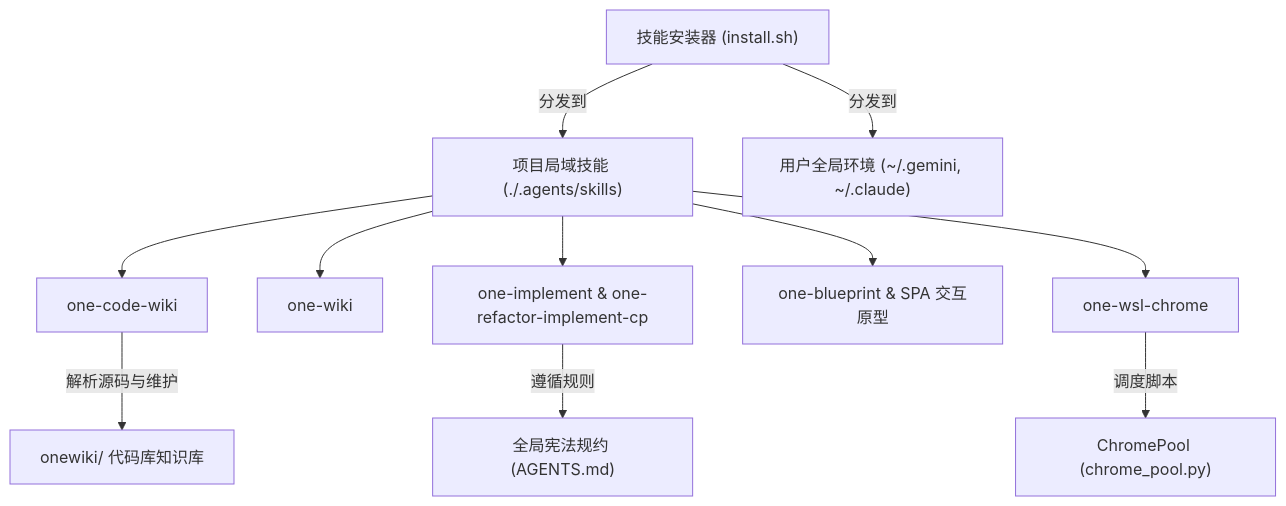
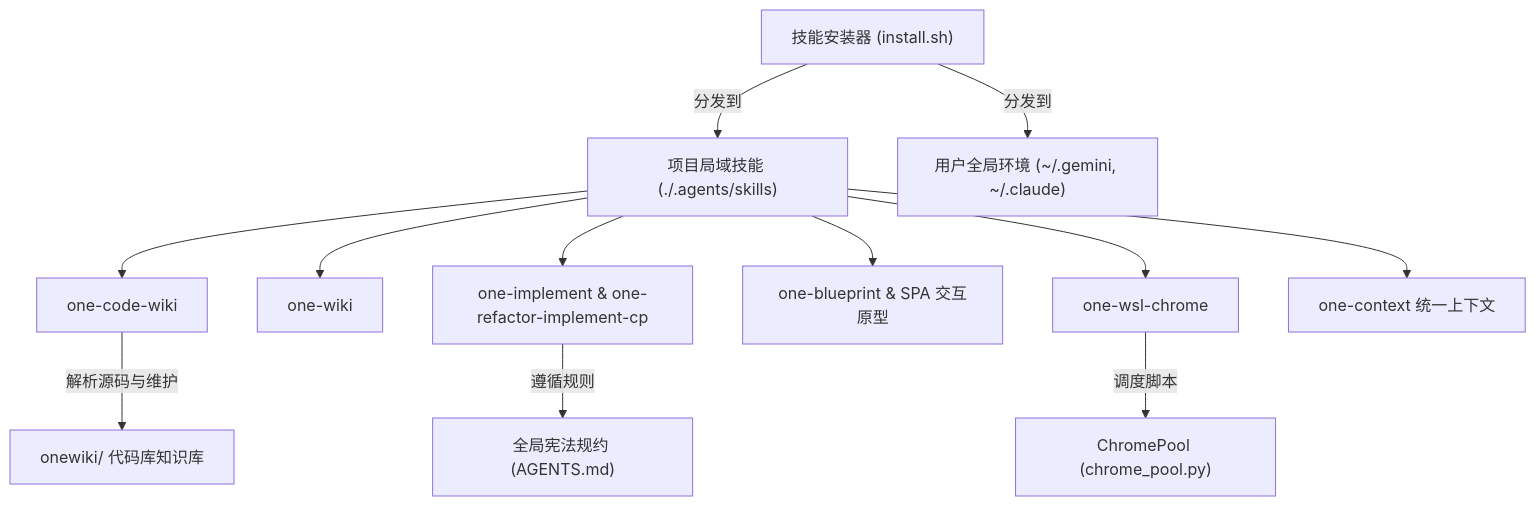
One commit to wupengbo125/one-skills changed the diagram in onewiki/index.md. Above: the diagram before and after it, drawn with Mermaid. The commit also changed other lines of this file and 3 other files, not shown here.

Commit message:
fix: 恢复核心技能 one-context 统一上下文与项目记忆管理

````diff
--- a/onewiki/index.md
+++ b/onewiki/index.md
@@ -31,15 +32,15 @@
 ```mermaid
 flowchart TD
     Installer["技能安装器 (install.sh)"] -->|分发到| AgentsDir["项目局域技能 (./.agents/skills)"]
     Installer -->|分发到| UserGlobal["用户全局环境 (~/.gemini, ~/.claude)"]
     
     AgentsDir --> CodeWiki["one-code-wiki"]
     AgentsDir --> LLMWiki["one-wiki"]
     AgentsDir --> Impl["one-implement & one-refactor-implement-cp"]
     AgentsDir --> Blueprint["one-blueprint & SPA 交互原型"]
     AgentsDir --> Chrome["one-wsl-chrome"]
-    
+    AgentsDir --> Context["one-context 统一上下文"]
     CodeWiki -->|解析源码与维护| OneWikiDir["onewiki/ 代码库知识库"]
     Impl -->|遵循规则| Rules["全局宪法规约 (AGENTS.md)"]
     Chrome -->|调度脚本| ChromePool["ChromePool (chrome_pool.py)"]
 ```
````
